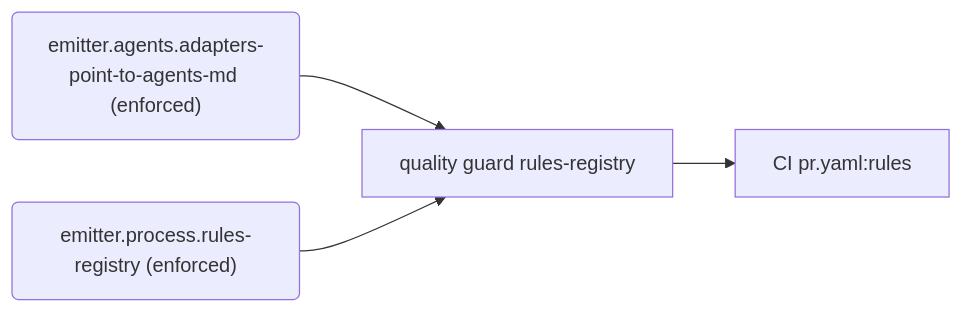
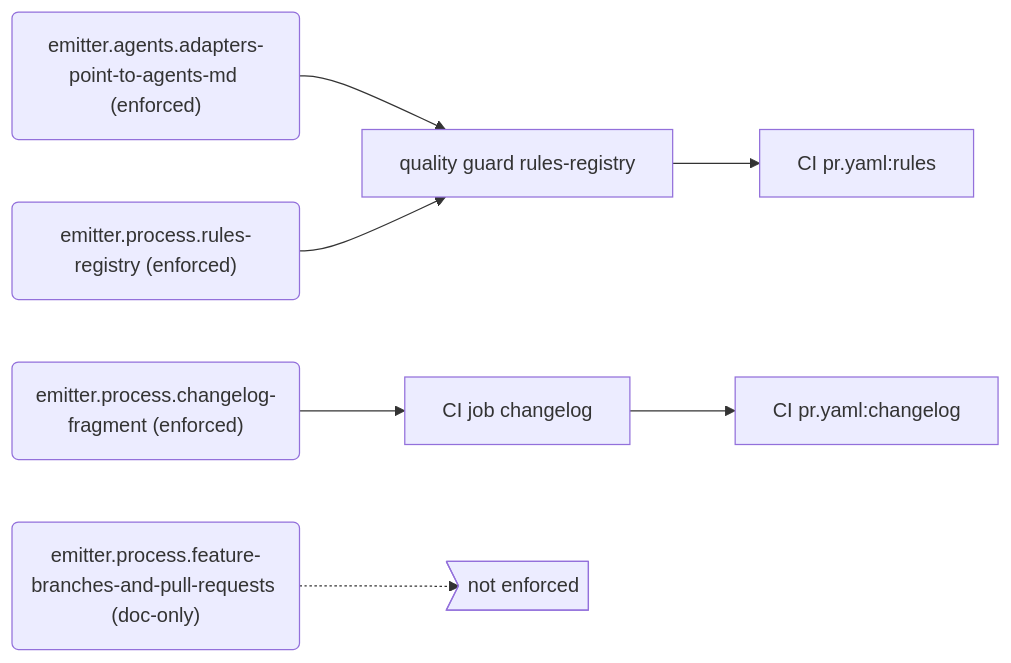
One commit to PolicyEngine/local-services changed the eighth of 8 diagrams in docs/generated/rules.md. Above: the diagram before and after it, drawn with Mermaid. The commit also changed other lines of this file and 3 other files, not shown here.

````diff
--- a/docs/generated/rules.md
+++ b/docs/generated/rules.md
@@ -61,10 +287,18 @@
 ```mermaid
 flowchart LR
   r_emitter_agents_adapters_point_to_agents_md("emitter.agents.adapters-point-to-agents-md (enforced)")
   e_quality_guard_rules_registry["quality guard rules-registry"]
   j_CI_pr_yaml_rules["CI pr.yaml:rules"]
+  r_emitter_process_changelog_fragment("emitter.process.changelog-fragment (enforced)")
+  e_CI_job_changelog["CI job changelog"]
+  j_CI_pr_yaml_changelog["CI pr.yaml:changelog"]
+  r_emitter_process_feature_branches_and_pull_requests("emitter.process.feature-branches-and-pull-requests (doc-only)")
+  gap_unenforced>"not enforced"]
   r_emitter_process_rules_registry("emitter.process.rules-registry (enforced)")
   r_emitter_agents_adapters_point_to_agents_md --> e_quality_guard_rules_registry
   e_quality_guard_rules_registry --> j_CI_pr_yaml_rules
+  r_emitter_process_changelog_fragment --> e_CI_job_changelog
+  e_CI_job_changelog --> j_CI_pr_yaml_changelog
+  r_emitter_process_feature_branches_and_pull_requests -.-> gap_unenforced
   r_emitter_process_rules_registry --> e_quality_guard_rules_registry
 ```
````
